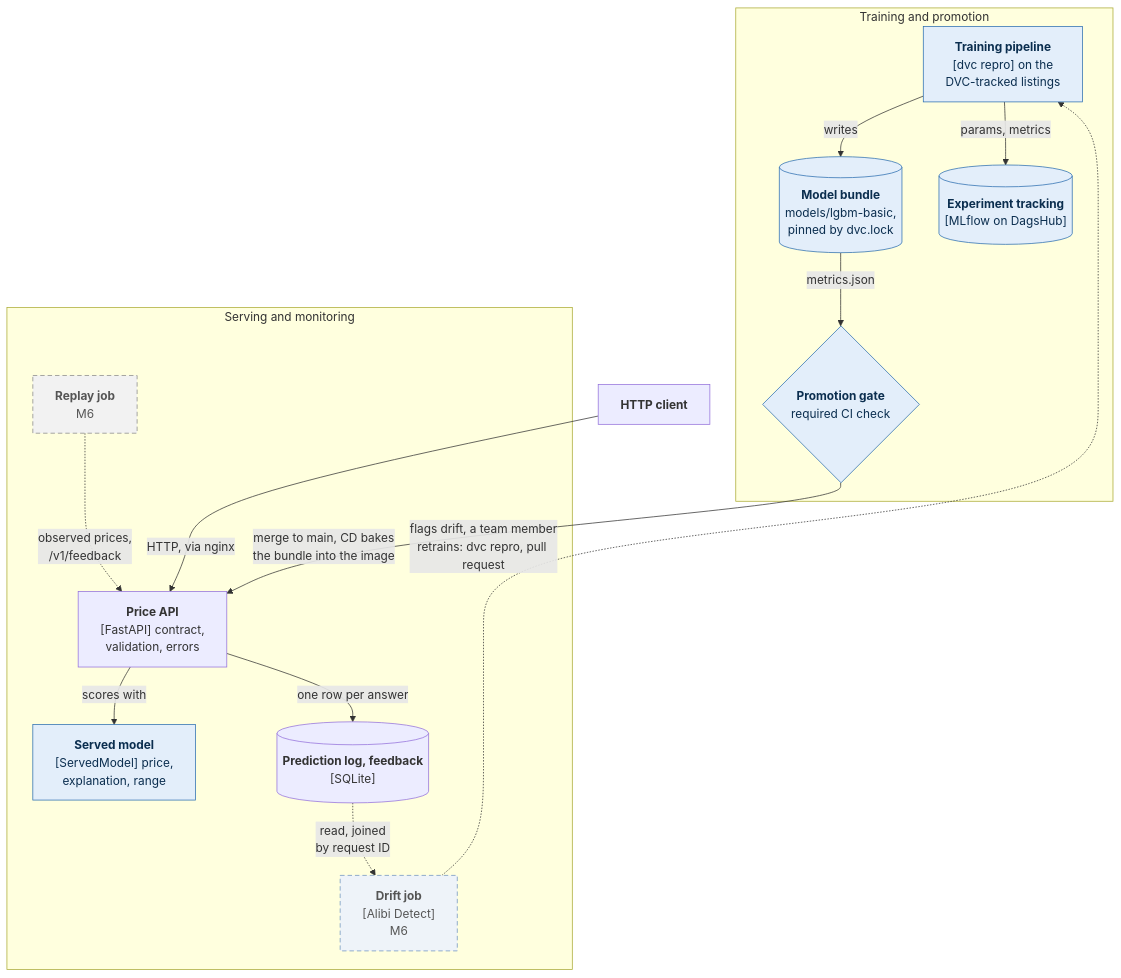
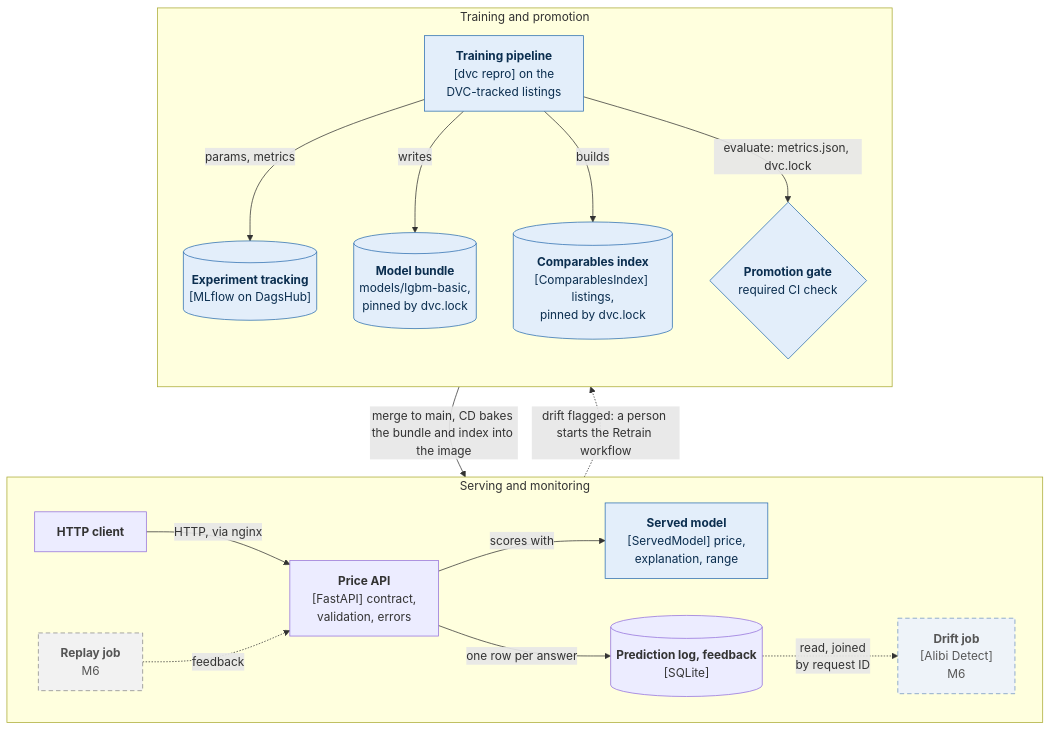
Before and after one commit to mlops-2627q1-mds-upc/MLOPS_Recommenditos: the second of 8 diagrams in docs/docs/architecture.md, drawn with Mermaid. The commit also changed other lines of this file, not shown here.

Commit message:
docs: fix the retraining step, fit the logical view on one screen and mark the comparables index as ML

````diff
--- a/docs/docs/architecture.md
+++ b/docs/docs/architecture.md
@@ -82,37 +82,40 @@
 ```mermaid
 flowchart TB
+    subgraph l_serve["Serving and monitoring"]
+        direction LR
+        l_client["<b>HTTP client</b>"]
+        l_replay["<b>Replay job</b><br/>M6"]
+        l_api["<b>Price API</b><br/>[FastAPI] contract,<br/>validation, errors"]
+        l_served["<b>Served model</b><br/>[ServedModel] price,<br/>explanation, range"]
+        l_log[("<b>Prediction log, feedback</b><br/>[SQLite]")]
+        l_drift["<b>Drift job</b><br/>[Alibi Detect]<br/>M6"]
+        l_client -->|"HTTP, via nginx"| l_api
+        l_replay -.->|"feedback"| l_api
+        l_api -->|"scores with"| l_served
+        l_api -->|"one row per answer"| l_log
+        l_log -.->|"read, joined<br/>by request ID"| l_drift
+    end
+
     subgraph l_train["Training and promotion"]
+        direction TB
         l_pipe["<b>Training pipeline</b><br/>[dvc repro] on the<br/>DVC-tracked listings"]
         l_mlflow[("<b>Experiment tracking</b><br/>[MLflow on DagsHub]")]
         l_bundle[("<b>Model bundle</b><br/>models/lgbm-basic,<br/>pinned by dvc.lock")]
+        l_index[("<b>Comparables index</b><br/>[ComparablesIndex] listings,<br/>pinned by dvc.lock")]
         l_gate{"<b>Promotion gate</b><br/>required CI check"}
+        l_pipe -->|"params, metrics"| l_mlflow
+        l_pipe -->|"writes"| l_bundle
+        l_pipe -->|"builds"| l_index
+        l_pipe -->|"evaluate: metrics.json, dvc.lock"| l_gate
     end
 
-    subgraph l_serve["Serving and monitoring"]
-        l_api["<b>Price API</b><br/>[FastAPI] contract,<br/>validation, errors"]
-        l_served["<b>Served model</b><br/>[ServedModel] price,<br/>explanation, range"]
-        l_log[("<b>Prediction log, feedback</b><br/>[SQLite]")]
-        l_replay["<b>Replay job</b><br/>M6"]
-        l_drift["<b>Drift job</b><br/>[Alibi Detect]<br/>M6"]
-    end
-
-    l_client["<b>HTTP client</b>"]
-
-    l_pipe -->|"writes"| l_bundle
-    l_pipe -->|"params, metrics"| l_mlflow
-    l_bundle -->|"metrics.json"| l_gate
-    l_gate -->|"merge to main, CD bakes<br/>the bundle into the image"| l_api
-    l_client -->|"HTTP, via nginx"| l_api
-    l_replay -.->|"observed prices,<br/>/v1/feedback"| l_api
-    l_api -->|"scores with"| l_served
-    l_api -->|"one row per answer"| l_log
-    l_log -.->|"read, joined<br/>by request ID"| l_drift
-    l_drift -.->|"flags drift, a team member<br/>retrains: dvc repro, pull request"| l_pipe
+    l_train -->|"merge to main, CD bakes the bundle and index into the image"| l_serve
+    l_serve -.->|"drift flagged: a person starts the Retrain workflow"| l_train
 
     classDef ml fill:#e3eefa,stroke:#2a6db0,color:#0b2e4f
     classDef mlLater fill:#eef3f9,stroke:#6f93c0,color:#555,stroke-dasharray:6 4
     classDef later fill:#f2f2f2,stroke:#888,color:#555,stroke-dasharray:6 4
-    class l_pipe,l_mlflow,l_bundle,l_gate,l_served ml
+    class l_pipe,l_mlflow,l_bundle,l_index,l_gate,l_served ml
     class l_drift mlLater
     class l_replay later
 ```
````
